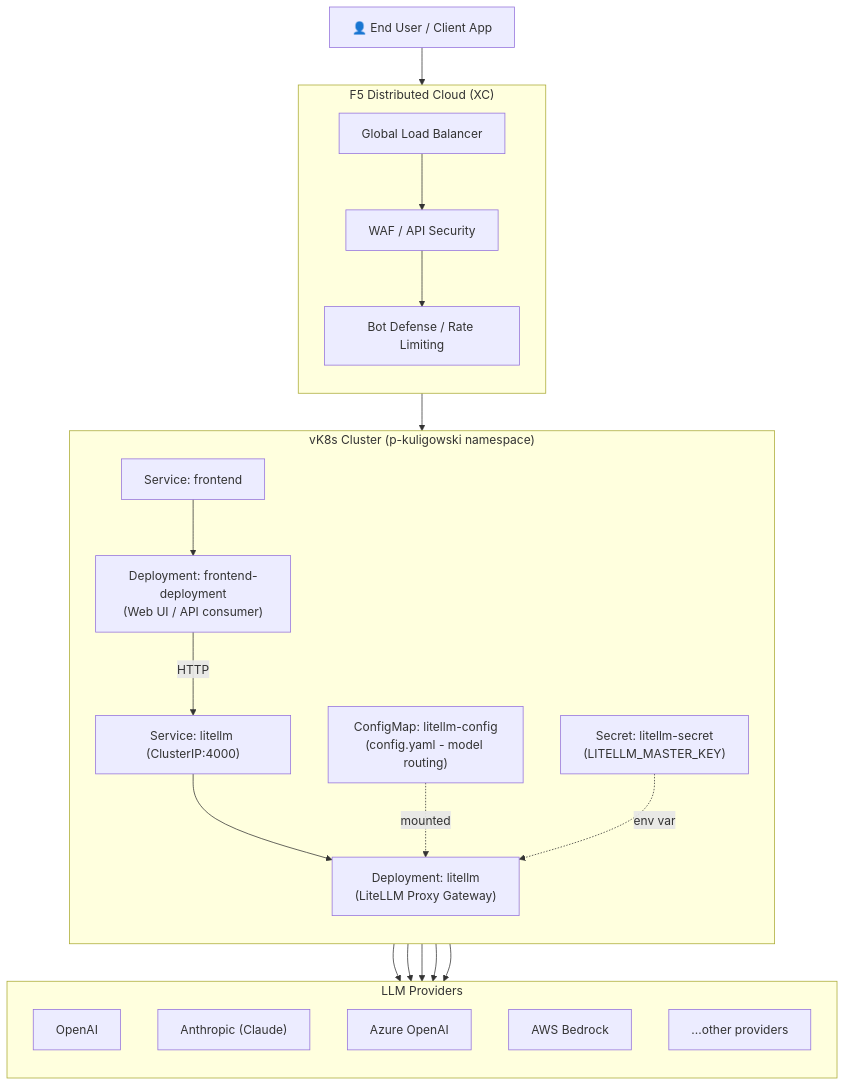
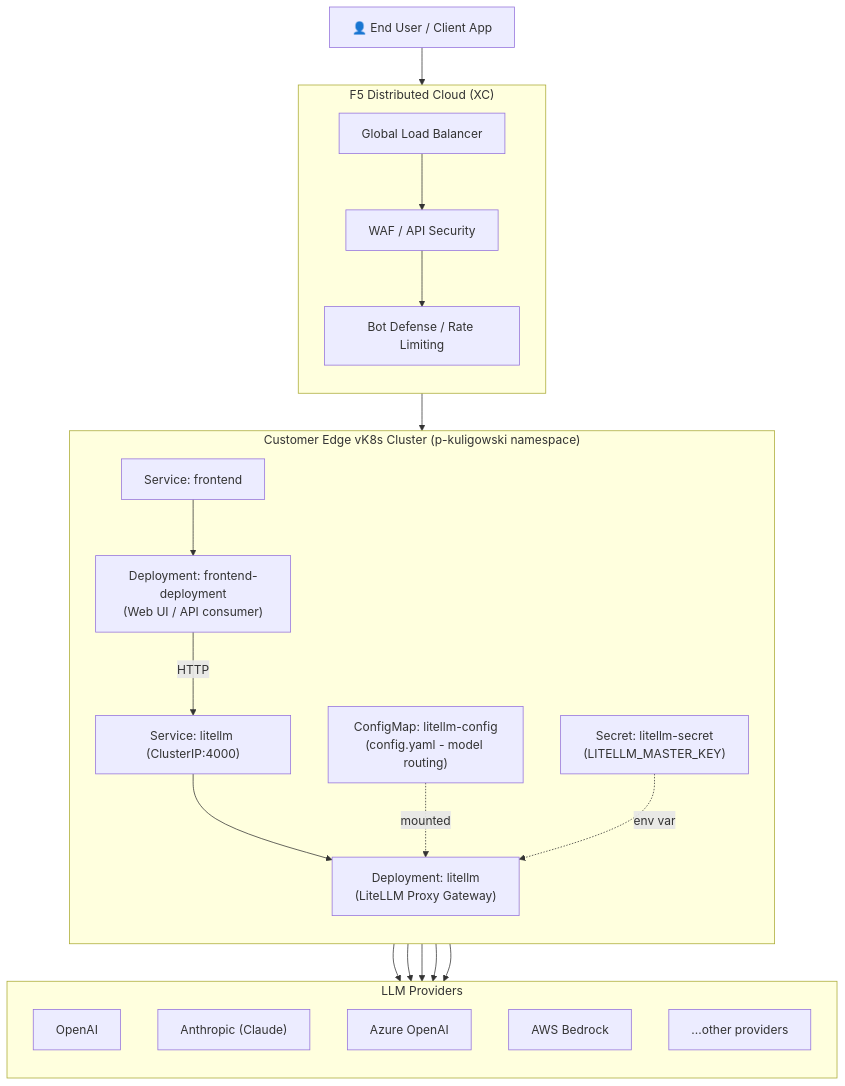
Before and after one commit to pavbjj/Tech-Summit: the diagram in README.md, drawn with Mermaid.

````diff
--- a/README.md
+++ b/README.md
@@ -9,45 +9,45 @@
 ```mermaid
 flowchart TB
     User["👤 End User / Client App"]
 
     subgraph F5["F5 Distributed Cloud (XC)"]
         direction TB
         LB["Global Load Balancer"]
         WAF["WAF / API Security"]
         BOT["Bot Defense / Rate Limiting"]
         LB --> WAF --> BOT
     end
 
-    subgraph K8S["vK8s Cluster (p-kuligowski namespace)"]
+    subgraph K8S["Customer Edge vK8s Cluster (p-kuligowski namespace)"]
         direction TB
         SVC_FE["Service: frontend"]
         FE["Deployment: frontend-deployment\n(Web UI / API consumer)"]
         SVC_LLM["Service: litellm (ClusterIP:4000)"]
         LLM["Deployment: litellm\n(LiteLLM Proxy Gateway)"]
         CM["ConfigMap: litellm-config\n(config.yaml - model routing)"]
         SEC["Secret: litellm-secret\n(LITELLM_MASTER_KEY)"]
 
         SVC_FE --> FE
         FE -->|HTTP| SVC_LLM
         SVC_LLM --> LLM
         CM -.mounted.-> LLM
         SEC -.env var.-> LLM
     end
 
     subgraph Providers["LLM Providers"]
         direction TB
         OpenAI["OpenAI"]
         Anthropic["Anthropic (Claude)"]
         Azure["Azure OpenAI"]
         Bedrock["AWS Bedrock"]
         Other["...other providers"]
     end
 
     User --> LB
     BOT --> SVC_FE
     LLM --> OpenAI
     LLM --> Anthropic
     LLM --> Azure
     LLM --> Bedrock
     LLM --> Other
 ```
````
